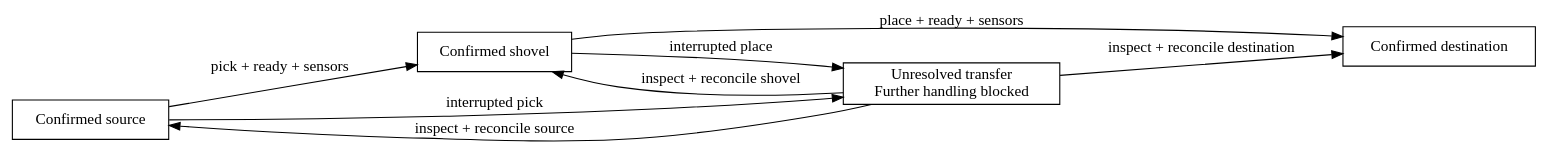
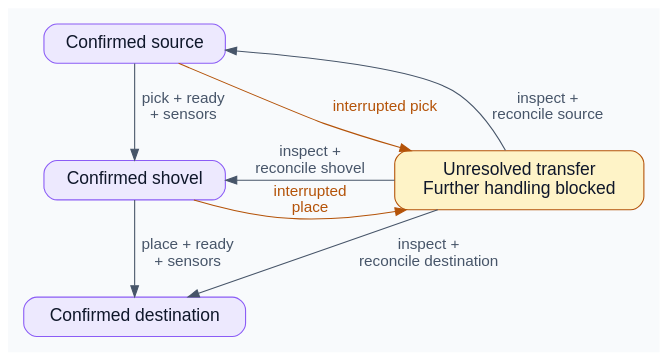
The diagram in docs/user_guide/liconic/storex/state.dot (PyLabRobot/pylabrobot), drawn with Graphviz before and after one commit.

Commit message:
Make the StoreX transfer diagram readable in the guide

```diff
--- a/docs/user_guide/liconic/storex/state.dot
+++ b/docs/user_guide/liconic/storex/state.dot
@@ -1,15 +1,22 @@
 digraph StoreX {
-  rankdir=LR;
-  node [shape=box];
+  graph [rankdir=TB, bgcolor="#f8fafc", pad=0.2, nodesep=0.6, ranksep=0.7];
+  node [shape=box, style="rounded,filled", fillcolor="#ede9fe", color="#8b5cf6",
+        fontcolor="#0f172a", fontname="Helvetica", fontsize=16, margin="0.16,0.12"];
+  edge [color="#475569", fontcolor="#475569", fontname="Helvetica", fontsize=14];
+
   slot [label="Confirmed source"];
   shovel [label="Confirmed shovel"];
   destination [label="Confirmed destination"];
-  uncertain [label="Unresolved transfer\nFurther handling blocked"];
-  slot -> shovel [label="pick + ready + sensors"];
-  shovel -> destination [label="place + ready + sensors"];
-  slot -> uncertain [label="interrupted pick"];
-  shovel -> uncertain [label="interrupted place"];
-  uncertain -> slot [label="inspect + reconcile source"];
-  uncertain -> shovel [label="inspect + reconcile shovel"];
-  uncertain -> destination [label="inspect + reconcile destination"];
+  uncertain [label="Unresolved transfer\nFurther handling blocked",
+             fillcolor="#fef3c7", color="#b45309"];
+
+  { rank=same; shovel; uncertain; }
+
+  slot -> shovel [label="pick + ready\n+ sensors", weight=5];
+  shovel -> destination [label="place + ready\n+ sensors", weight=5];
+  slot -> uncertain [label="interrupted pick", color="#b45309", fontcolor="#b45309"];
+  shovel -> uncertain [label="interrupted\nplace", color="#b45309", fontcolor="#b45309"];
+  uncertain -> slot [label="inspect +\nreconcile source", constraint=false];
+  uncertain -> shovel [label="inspect +\nreconcile shovel", constraint=false];
+  uncertain -> destination [label="inspect +\nreconcile destination", constraint=false];
 }
```
